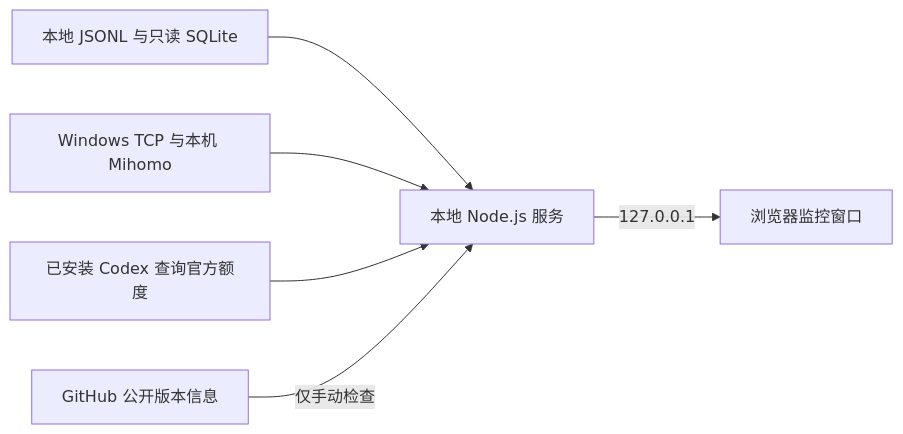
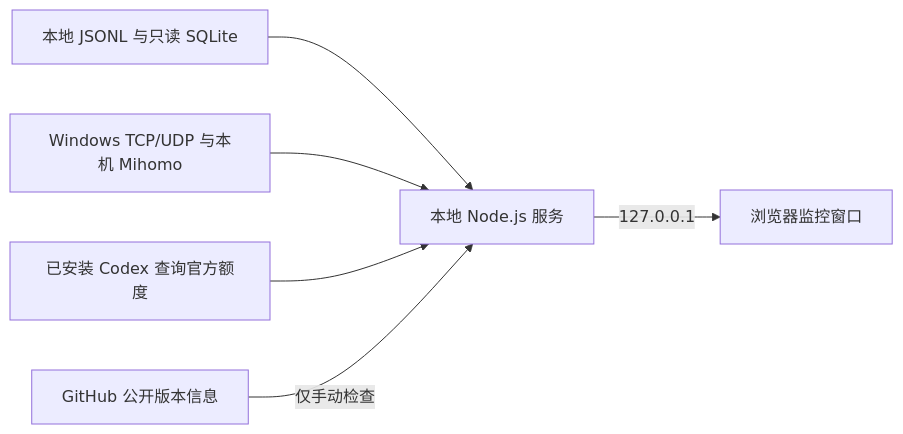
The diagram in README.zh-CN.md (ClencyX/codex-runtime-monitor), drawn with Mermaid before and after one commit. The commit also changed other lines of this file and 40 other files, not shown here.

````diff
--- a/README.zh-CN.md
+++ b/README.zh-CN.md
@@ -150,8 +154,8 @@
 ```mermaid
 flowchart LR
     A[本地 JSONL 与只读 SQLite] --> D[本地 Node.js 服务]
-    B[Windows TCP 与本机 Mihomo] --> D
+    B[Windows TCP/UDP 与本机 Mihomo] --> D
     C[已安装 Codex 查询官方额度] --> D
     G[GitHub 公开版本信息] -->|仅手动检查| D
     D -->|127.0.0.1| E[浏览器监控窗口]
 ```
````
